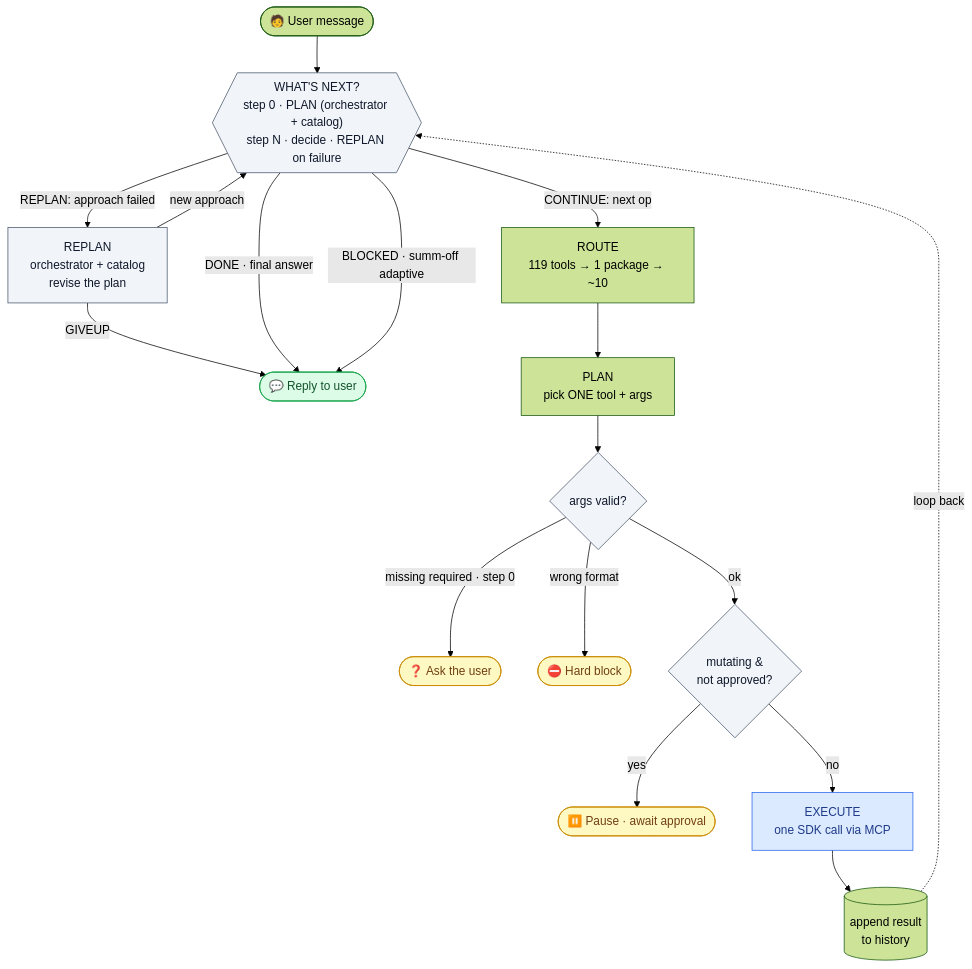
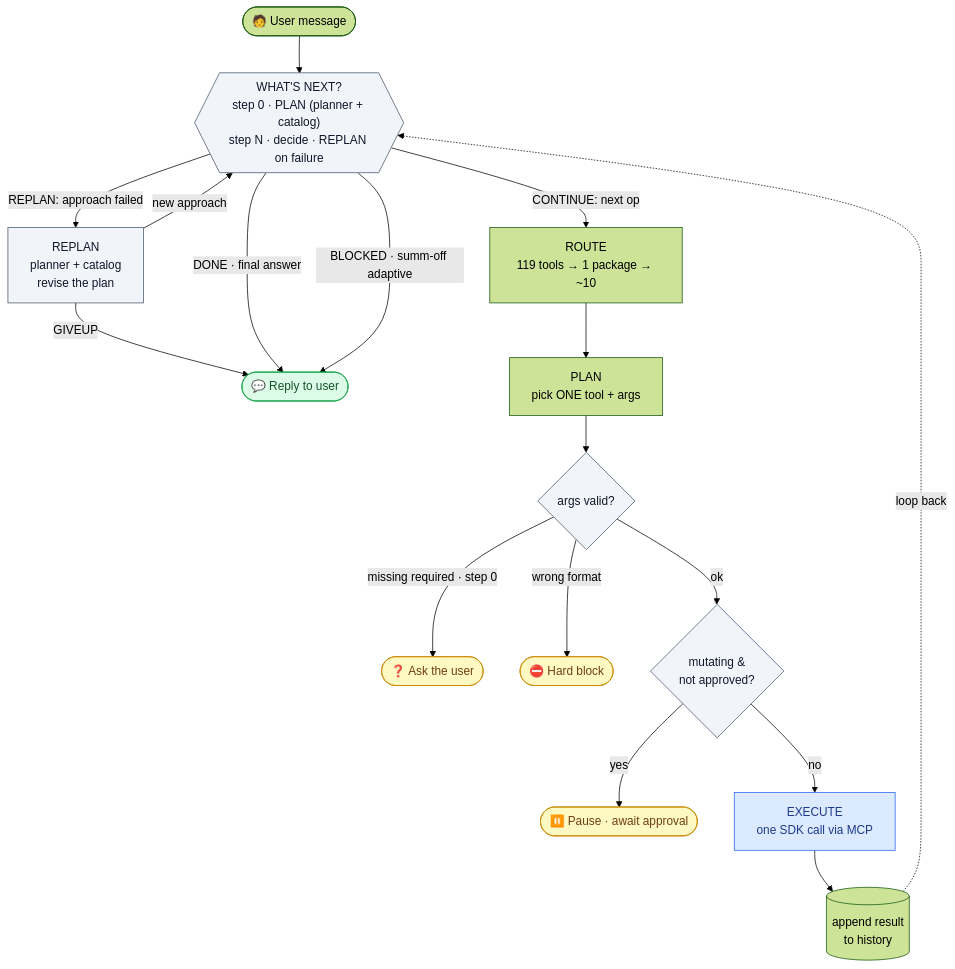
Before and after one commit to hnegi01/fes-assistant: the second of 2 diagrams in AGENT_ARCHITECTURE.md, drawn with Mermaid (forest theme). The commit also changed other lines of this file and 8 other files, not shown here.

First line of the commit message:
refactor: correct terminology — planner (drafts the plan) vs orchestrator (the loop)

````diff
--- a/AGENT_ARCHITECTURE.md
+++ b/AGENT_ARCHITECTURE.md
@@ -113,37 +116,37 @@
 ```mermaid
 flowchart TD
     U(["🧑 User message"]) --> WN
 
-    WN{{"WHAT'S NEXT?<br/>step 0 · PLAN (orchestrator + catalog)<br/>step N · decide · REPLAN on failure"}}
-    WN -->|"REPLAN: approach failed"| RP["REPLAN<br/>orchestrator + catalog<br/>revise the plan"]
+    WN{{"WHAT'S NEXT?<br/>step 0 · PLAN (planner + catalog)<br/>step N · decide · REPLAN on failure"}}
+    WN -->|"REPLAN: approach failed"| RP["REPLAN<br/>planner + catalog<br/>revise the plan"]
     RP -->|"new approach"| WN
     RP -->|"GIVEUP"| ANS
     WN -->|"DONE · final answer"| ANS(["💬 Reply to user"])
     WN -->|"BLOCKED · summ-off adaptive"| ANS
     WN -->|"CONTINUE: next op"| RT
 
     RT["ROUTE<br/>119 tools → 1 package → ~10"] --> PL
     PL["PLAN<br/>pick ONE tool + args"] --> VAL
 
     VAL{"args valid?"}
     VAL -->|"missing required · step 0"| ASK(["❓ Ask the user"])
     VAL -->|"wrong format"| BLK(["⛔ Hard block"])
     VAL -->|"ok"| GT
 
     GT{"mutating &<br/>not approved?"}
     GT -->|"yes"| APR(["⏸️ Pause · await approval"])
     GT -->|"no"| EX
 
     EX["EXECUTE<br/>one SDK call via MCP"] --> HI[("append result<br/>to history")]
     HI -. loop back .-> WN
 
     classDef term fill:#dcfce7,stroke:#16a34a,color:#14532d;
     classDef pause fill:#fef9c3,stroke:#ca8a04,color:#713f12;
     classDef exec fill:#dbeafe,stroke:#2563eb,color:#1e3a8a;
     classDef dec fill:#f1f5f9,stroke:#475569,color:#0f172a;
     class ANS term
     class ASK,BLK,APR pause
     class EX exec
     class WN,VAL,GT dec
     class RP dec
 ```
````
